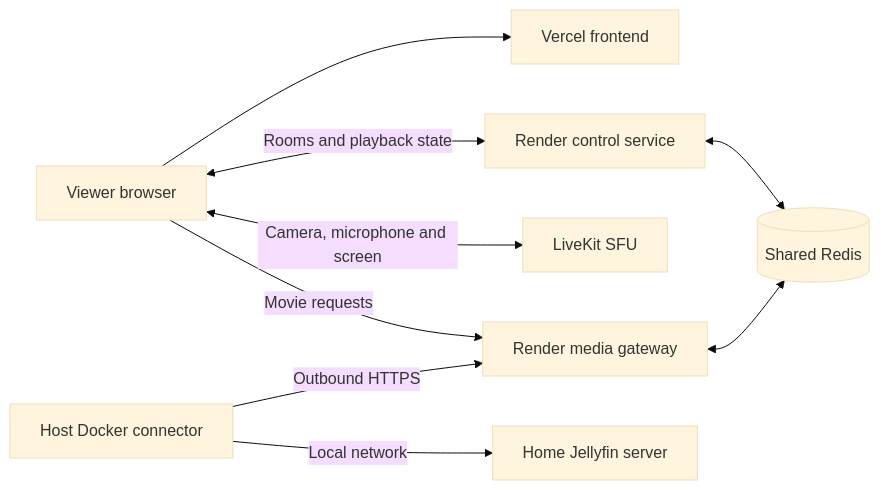
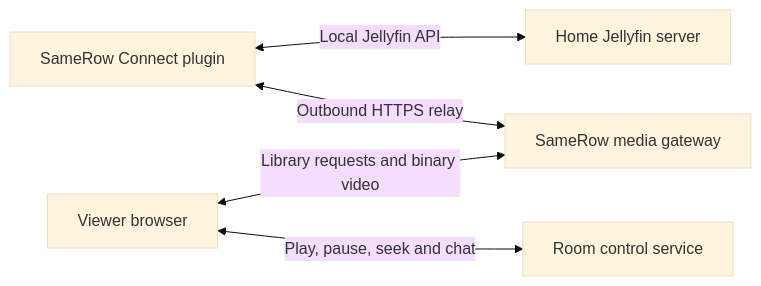
The diagram in README.md (devpratyushh/Samerow-V2), drawn with Mermaid (base theme) before and after one commit. The commit also changed other lines of this file and 39 other files, not shown here.

Commit message:
Complete SameRow Connect integration and document home watch parties

````diff
--- a/README.md
+++ b/README.md
@@ -63,20 +85,13 @@
 ```mermaid
 flowchart LR
+    Jellyfin[Home Jellyfin server]
+    Plugin[SameRow Connect plugin]
+    Gateway[SameRow media gateway]
     Browser[Viewer browser]
-    Web[Vercel frontend]
-    Control[Render control service]
-    Media[Render media gateway]
-    State[(Shared Redis)]
-    Call[LiveKit SFU]
-    Docker[Host Docker connector]
-    Jellyfin[Home Jellyfin server]
+    Control[Room control service]
 
-    Browser --> Web
-    Browser <-->|Rooms and playback state| Control
-    Browser <-->|Camera, microphone and screen| Call
-    Browser -->|Movie requests| Media
-    Control <--> State
-    Media <--> State
-    Docker -->|Outbound HTTPS| Media
-    Docker -->|Local network| Jellyfin
+    Plugin <-->|Local Jellyfin API| Jellyfin
+    Plugin <-->|Outbound HTTPS relay| Gateway
+    Browser <-->|Library requests and binary video| Gateway
+    Browser <-->|Play, pause, seek and chat| Control
 ```
````
